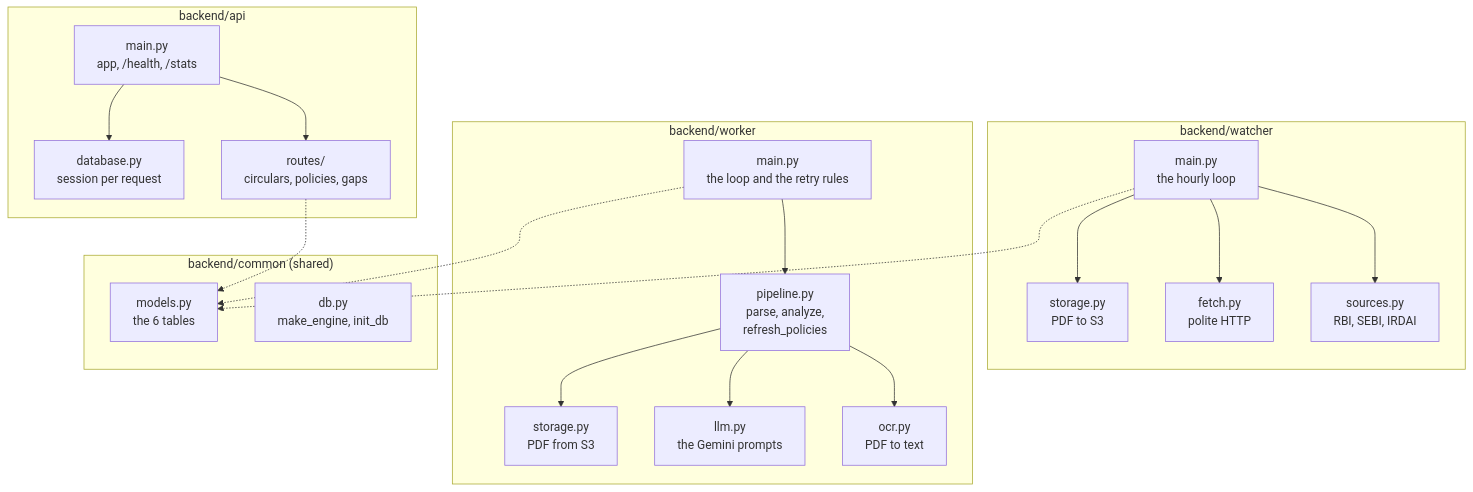
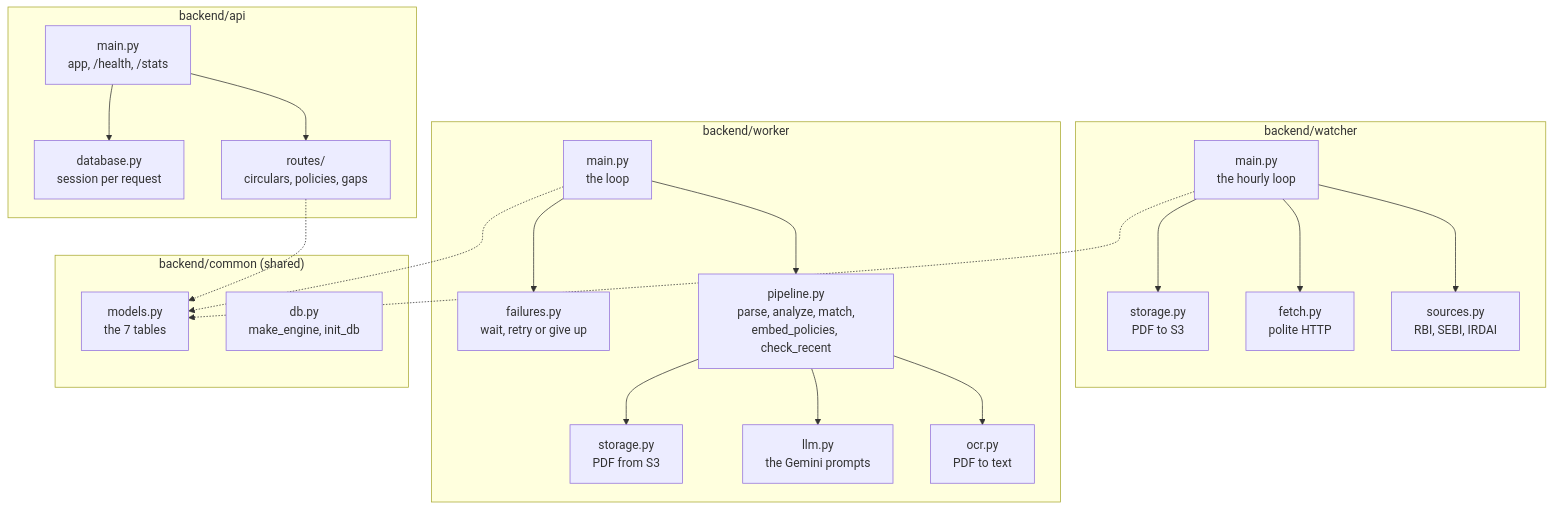
Diagram 16 of 16 in how_it_works.md (selvakumarperumal/Regulatory_Circular_Impact_Agent), drawn with Mermaid before and after one commit. The commit also changed other lines of this file and 15 other files, not shown here.

````diff
--- a/how_it_works.md
+++ b/how_it_works.md
@@ -630,25 +691,26 @@
 ```mermaid
 flowchart TB
     subgraph common["backend/common (shared)"]
-        models["models.py<br/>the 6 tables"]
+        models["models.py<br/>the 7 tables"]
         dbpy["db.py<br/>make_engine, init_db"]
     end
     subgraph watcher["backend/watcher"]
         wmain["main.py<br/>the hourly loop"] --> sources["sources.py<br/>RBI, SEBI, IRDAI"]
         wmain --> fetch["fetch.py<br/>polite HTTP"]
         wmain --> wstore["storage.py<br/>PDF to S3"]
     end
     subgraph worker["backend/worker"]
-        kmain["main.py<br/>the loop and the retry rules"] --> pipeline["pipeline.py<br/>parse, analyze,<br/>refresh_policies"]
+        kmain["main.py<br/>the loop"] --> pipeline["pipeline.py<br/>parse, analyze, match,<br/>embed_policies, check_recent"]
+        kmain --> failures["failures.py<br/>wait, retry or give up"]
         pipeline --> ocrpy["ocr.py<br/>PDF to text"]
         pipeline --> llm["llm.py<br/>the Gemini prompts"]
         pipeline --> kstore["storage.py<br/>PDF from S3"]
     end
     subgraph api["backend/api"]
         amain["main.py<br/>app, /health, /stats"] --> routes["routes/<br/>circulars, policies, gaps"]
         amain --> database["database.py<br/>session per request"]
     end
     wmain -.-> models
     kmain -.-> models
     routes -.-> models
 ```
````
